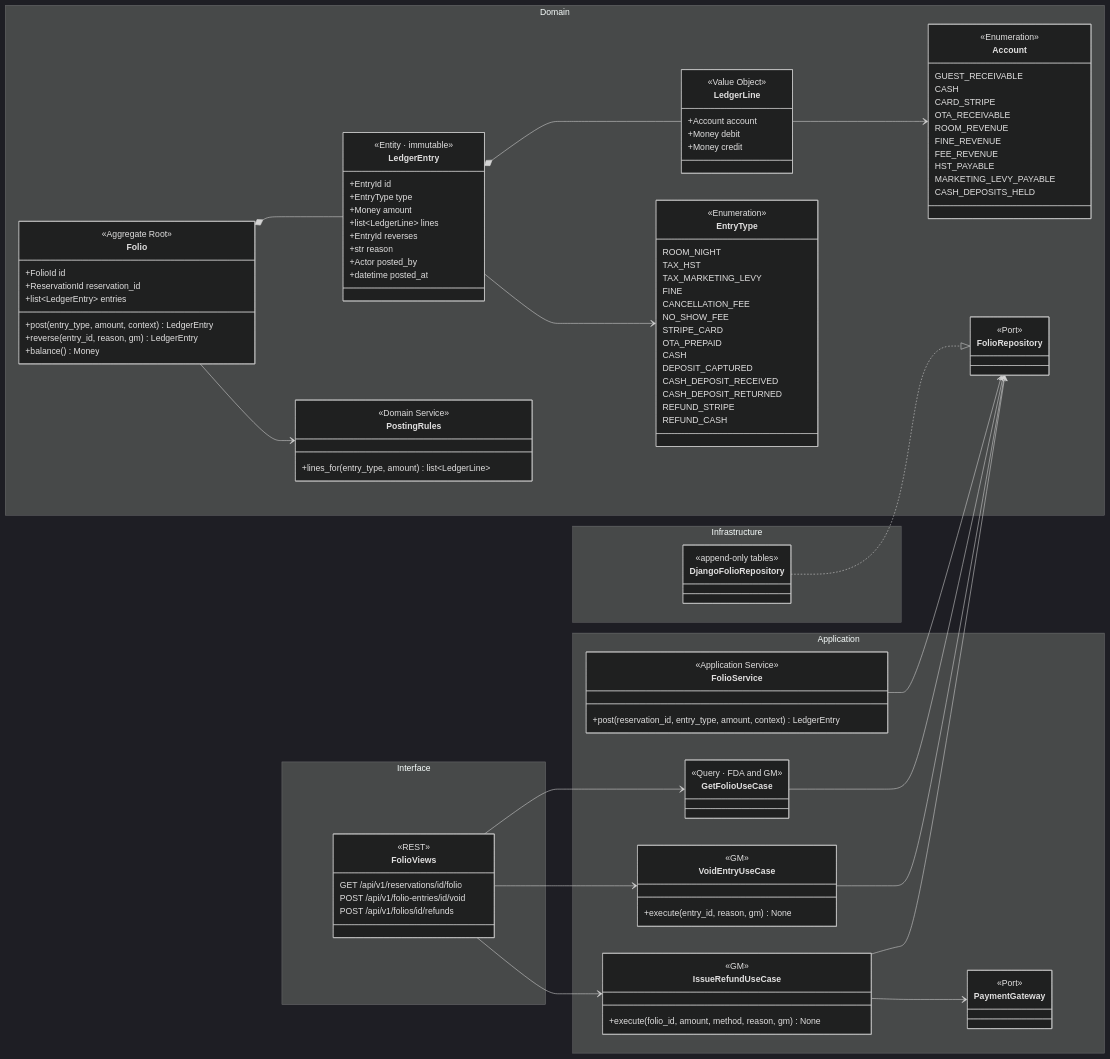
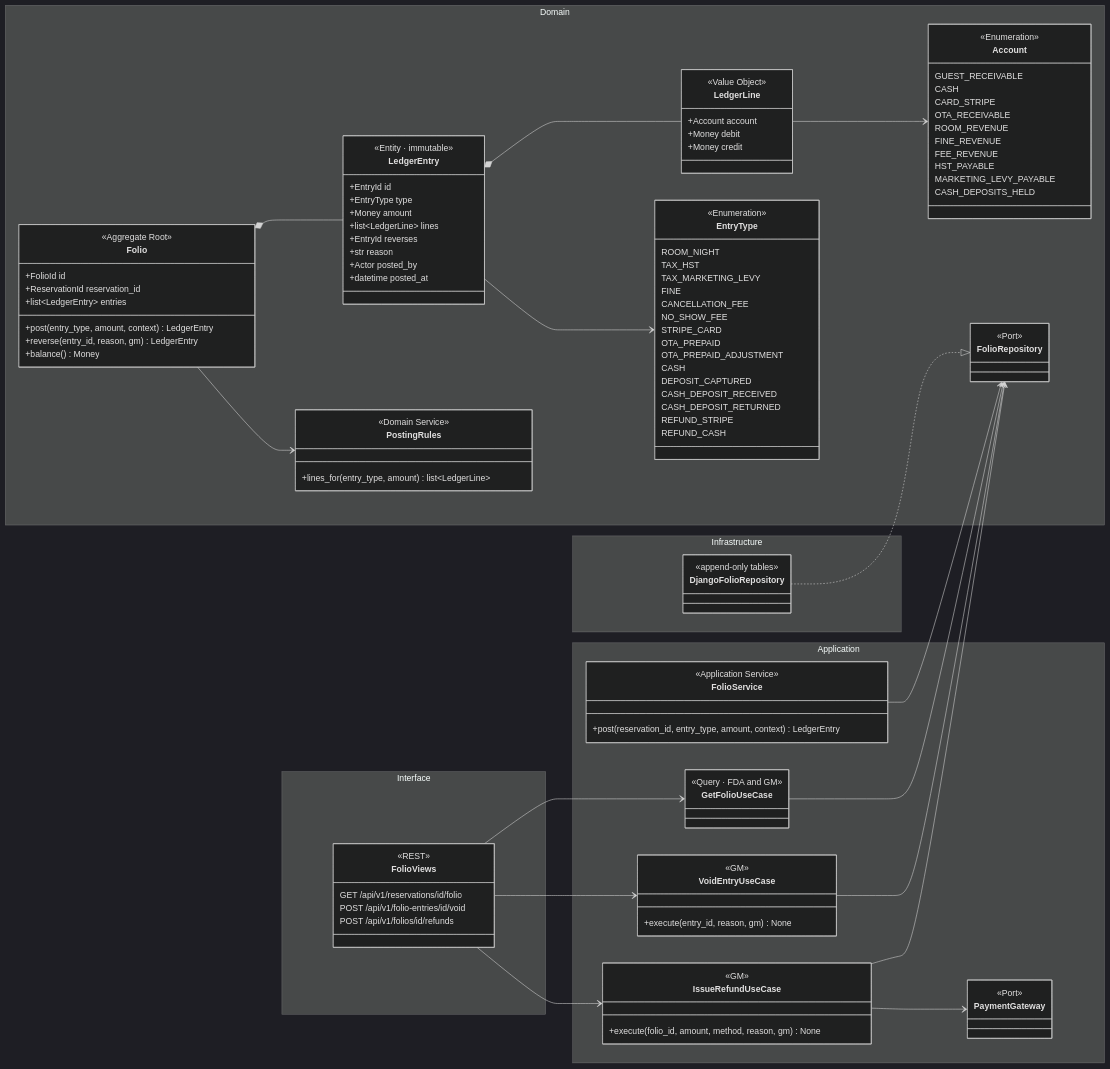
Before and after one commit to BraceroInSabot/Motel-Starmie: the first of 4 diagrams in docs/Initial Requirements/Diagrams/US-15 - Folio Ledger.md, drawn with Mermaid (dark theme). The commit also changed other lines of this file and 15 other files, not shown here.

```diff
--- a/docs/Initial Requirements/Diagrams/US-15 - Folio Ledger.md
+++ b/docs/Initial Requirements/Diagrams/US-15 - Folio Ledger.md
@@ -63,6 +64,7 @@
             NO_SHOW_FEE
             STRIPE_CARD
             OTA_PREPAID
+            OTA_PREPAID_ADJUSTMENT
             CASH
             DEPOSIT_CAPTURED
             CASH_DEPOSIT_RECEIVED
```
